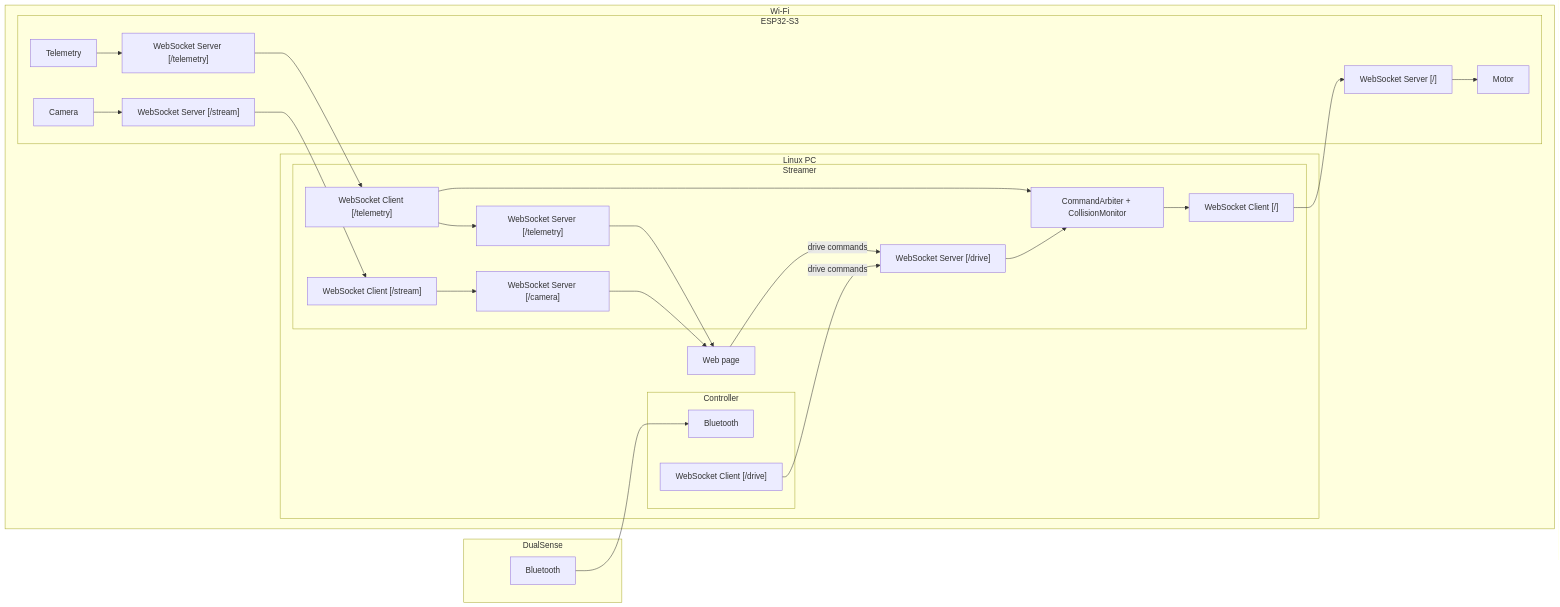
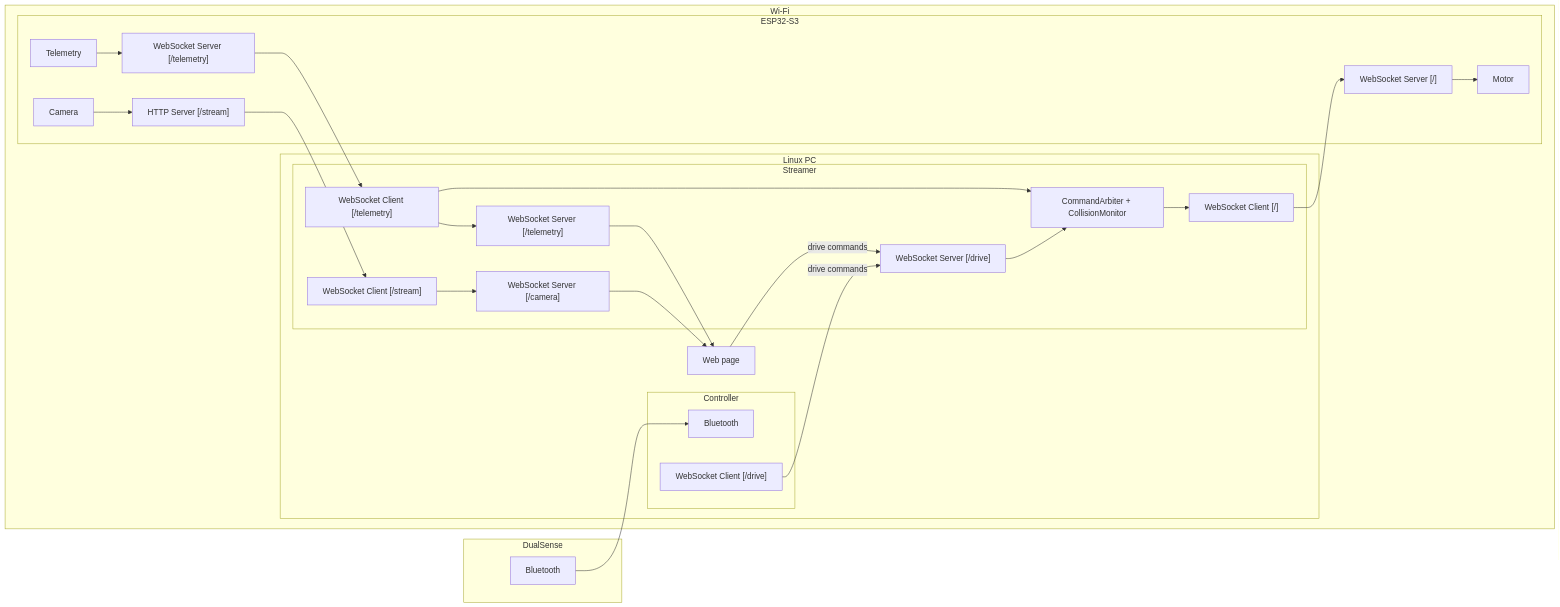
One commit to ltowarek/dust-mite changed the diagram in docs/variants/copper.md. Above: the diagram before and after it, drawn with Mermaid. The commit also changed other lines of this file and 10 other files, not shown here.

````diff
--- a/docs/variants/copper.md
+++ b/docs/variants/copper.md
@@ -150,51 +150,51 @@
 ```mermaid
 graph LR
     subgraph DualSense
         DS_BT[Bluetooth]
     end
 
     subgraph WiFi[Wi-Fi]
         subgraph Linux_PC[Linux PC]
             subgraph Controller
                 PC_BT[Bluetooth]
                 PC_CTRL_WS["WebSocket Client [/drive]"]
             end
             subgraph Streamer
                 PC_STR_WS_STREAM["WebSocket Client [/stream]"]
                 PC_STR_WS_TEL["WebSocket Client [/telemetry]"]
                 PC_STR_WS_CTRL["WebSocket Client [/]"]
                 PC_STR_MUX["CommandArbiter + CollisionMonitor"]
                 PC_STR_WS_CAMERA["WebSocket Server [/camera]"]
                 PC_STR_WS_TEL_OUT["WebSocket Server [/telemetry]"]
                 PC_STR_WS_DRIVE["WebSocket Server [/drive]"]
             end
             PC_WEB[Web page]
         end
 
         subgraph ESP32S3[ESP32-S3]
             ESP_MOTOR[Motor]
             ESP_TEL[Telemetry]
             ESP_CAM[Camera]
             ESP_WS_CTRL["WebSocket Server [/]"]
-            ESP_WS_STREAM["WebSocket Server [/stream]"]
+            ESP_WS_STREAM["HTTP Server [/stream]"]
             ESP_WS_TEL["WebSocket Server [/telemetry]"]
         end
     end
 
     DS_BT --> PC_BT
     PC_CTRL_WS -- "drive commands" --> PC_STR_WS_DRIVE
     PC_WEB -- "drive commands" --> PC_STR_WS_DRIVE
     PC_STR_WS_CAMERA --> PC_WEB
     PC_STR_WS_TEL_OUT --> PC_WEB
     ESP_WS_STREAM --> PC_STR_WS_STREAM
     PC_STR_WS_STREAM --> PC_STR_WS_CAMERA
     ESP_WS_TEL --> PC_STR_WS_TEL
     PC_STR_WS_TEL --> PC_STR_WS_TEL_OUT
     PC_STR_WS_TEL --> PC_STR_MUX
     PC_STR_WS_DRIVE --> PC_STR_MUX
     PC_STR_MUX --> PC_STR_WS_CTRL
     PC_STR_WS_CTRL --> ESP_WS_CTRL
     ESP_WS_CTRL --> ESP_MOTOR
     ESP_TEL --> ESP_WS_TEL
     ESP_CAM --> ESP_WS_STREAM
 ```
````
